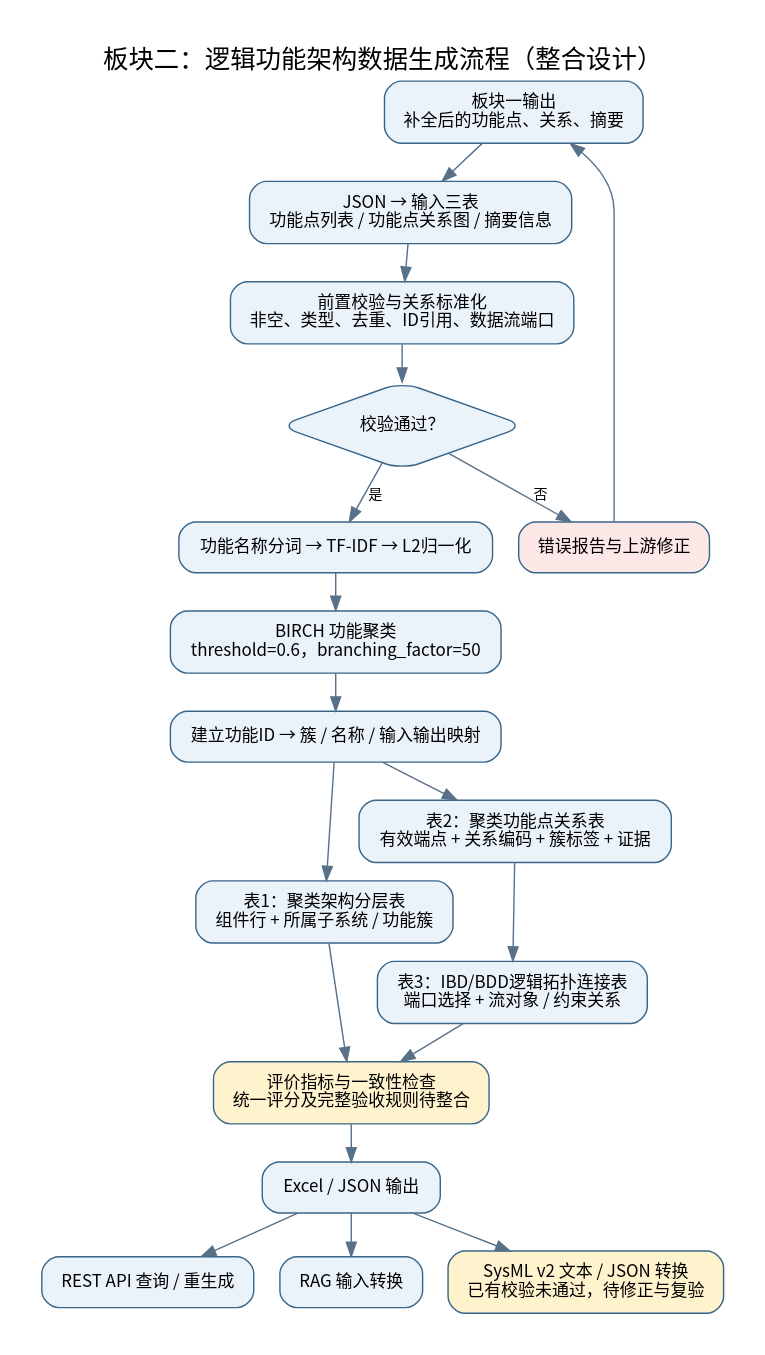
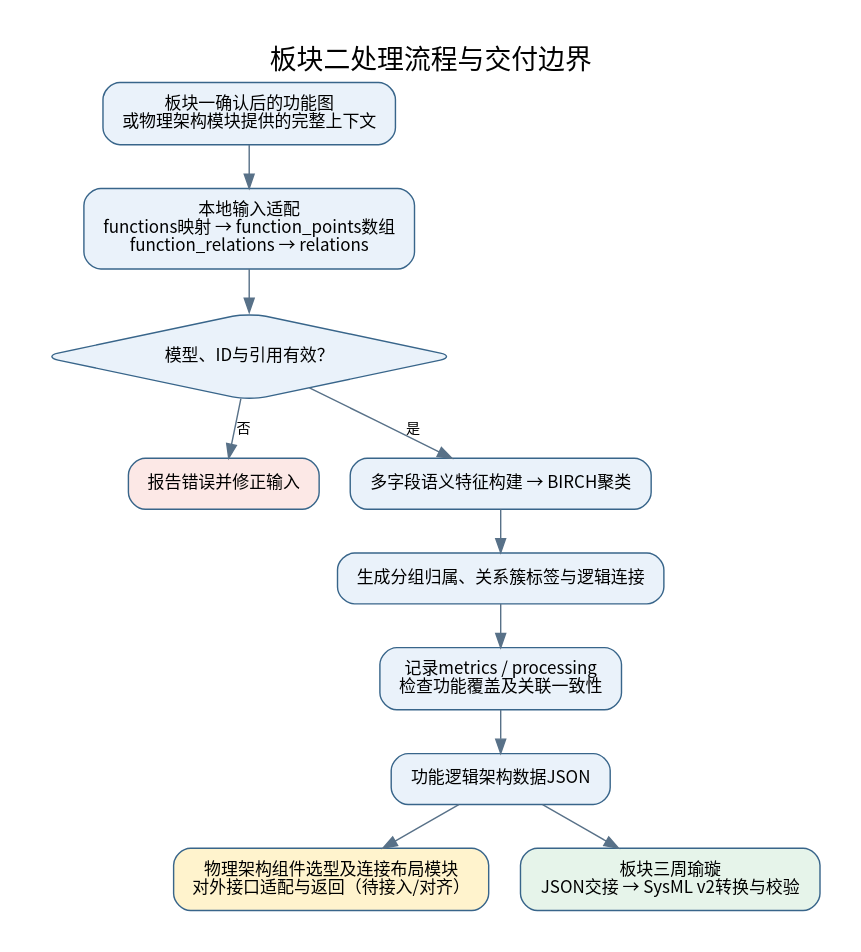
Before and after one commit to yueyunsun77-debug/yueyunsun77-debug: the diagram in 板块二进度说明/01_板块二总体流程.dot, drawn with Graphviz. The commit also changed 11 other files, not shown here.

Commit message:
docs: 更新板块二职责与接口设计并新增技术路线图

```diff
--- a/板块二进度说明/01_板块二总体流程.dot
+++ b/板块二进度说明/01_板块二总体流程.dot
@@ -1,32 +1,23 @@
 digraph G {
- graph [rankdir=TB,bgcolor="white",pad=0.3,nodesep=0.25,ranksep=0.35,fontname="Noto Sans CJK SC",fontsize=18];
- node [shape=box,style="rounded,filled",fillcolor="#EAF2FA",color="#38658A",fontname="Noto Sans CJK SC",fontsize=12,margin="0.18,0.12"];
- edge [color="#587188",fontname="Noto Sans CJK SC",fontsize=10];
-label="板块二：逻辑功能架构数据生成流程（整合设计）"; labelloc=t;
-a[label="板块一输出
-补全后的功能点、关系、摘要"];
-b[label="JSON → 输入三表
-功能点列表 / 功能点关系图 / 摘要信息"];
-c[label="前置校验与关系标准化
-非空、类型、去重、ID引用、数据流端口"];
-d[shape=diamond,label="校验通过？"];
-e[label="错误报告与上游修正",fillcolor="#FCE8E6"];
-f[label="功能名称分词 → TF-IDF → L2归一化"];
-g[label="BIRCH 功能聚类
-threshold=0.6，branching_factor=50"];
-h[label="建立功能ID → 簇 / 名称 / 输入输出映射"];
-i[label="表1：聚类架构分层表
-组件行 + 所属子系统 / 功能簇"];
-j[label="表2：聚类功能点关系表
-有效端点 + 关系编码 + 簇标签 + 证据"];
-k[label="表3：IBD/BDD逻辑拓扑连接表
-端口选择 + 流对象 / 约束关系"];
-l[label="评价指标与一致性检查
-统一评分及完整验收规则待整合",fillcolor="#FFF3CD"];
-m[label="Excel / JSON 输出"];
-n[label="REST API 查询 / 重生成"];
-o[label="RAG 输入转换"];
-p[label="SysML v2 文本 / JSON 转换
-已有校验未通过，待修正与复验",fillcolor="#FFF3CD"];
-a->b->c->d;d->e[label="否"];e->a;d->f[label="是"];f->g->h;h->i;h->j;j->k;i->l;k->l;l->m;m->n;m->o;m->p;
+graph [rankdir=TB,bgcolor="white",pad=0.3,nodesep=0.3,ranksep=0.4,fontname="Noto Sans CJK SC",fontsize=19];
+node [shape=box,style="rounded,filled",fillcolor="#EAF2FA",color="#38658A",fontname="Noto Sans CJK SC",fontsize=12,margin="0.18,0.12"];
+edge [color="#587188",fontname="Noto Sans CJK SC",fontsize=10];
+label="板块二处理流程与交付边界";labelloc=t;
+a[label="板块一确认后的功能图
+或物理架构模块提供的完整上下文"];
+b[label="本地输入适配
+functions映射 → function_points数组
+function_relations → relations"];
+c[shape=diamond,label="模型、ID与引用有效？"];
+d[label="报告错误并修正输入",fillcolor="#FCE8E6"];
+e[label="多字段语义特征构建 → BIRCH聚类"];
+f[label="生成分组归属、关系簇标签与逻辑连接"];
+g[label="记录metrics / processing
+检查功能覆盖及关联一致性"];
+h[label="功能逻辑架构数据JSON"];
+i[label="物理架构组件选型及连接布局模块
+对外接口适配与返回（待接入/对齐）",fillcolor="#FFF3CD"];
+j[label="板块三周瑜璇
+JSON交接 → SysML v2转换与校验",fillcolor="#E6F4EA"];
+a->b->c;c->d[label="否"];c->e[label="是"];e->f->g->h;h->i;h->j;
 }
```
